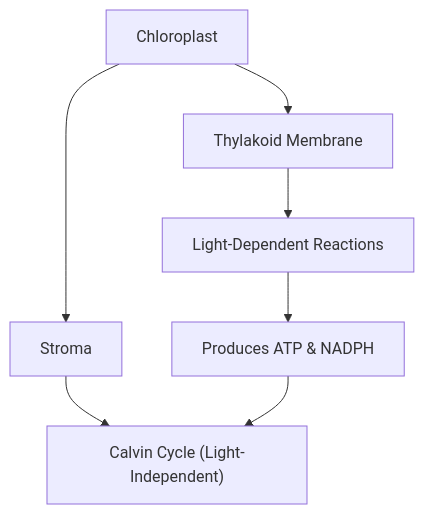
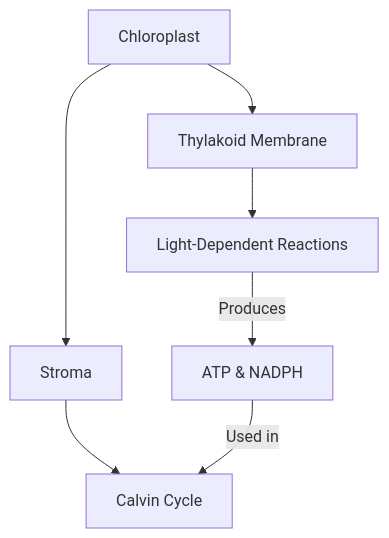
Before and after one commit to niha4rika15-eng/teach-easy-work4: the first of 2 diagrams in tests/live/out/gen-ppt_outline-English.md, drawn with Mermaid. The commit also changed other lines of this file and 19 other files, not shown here.

````diff
--- a/tests/live/out/gen-ppt_outline-English.md
+++ b/tests/live/out/gen-ppt_outline-English.md
@@ -57,9 +57,9 @@
 ```mermaid
 graph TD
     A["Chloroplast"] --> B["Thylakoid Membrane"]
-    A --> C["Stroma"]
-    B --> D["Light-Dependent Reactions"]
-    C --> E["Calvin Cycle (Light-Independent)"]
-    D --> F["Produces ATP & NADPH"]
-    F --> E
+    A["Chloroplast"] --> C["Stroma"]
+    B["Thylakoid Membrane"] --> D["Light-Dependent Reactions"]
+    C["Stroma"] --> E["Calvin Cycle (Light-Independent)"]
+    D["Light-Dependent Reactions"] -- "Produces" --> F["ATP & NADPH"]
+    F["ATP & NADPH"] -- "Used in" --> E["Calvin Cycle"]
 ```
````
